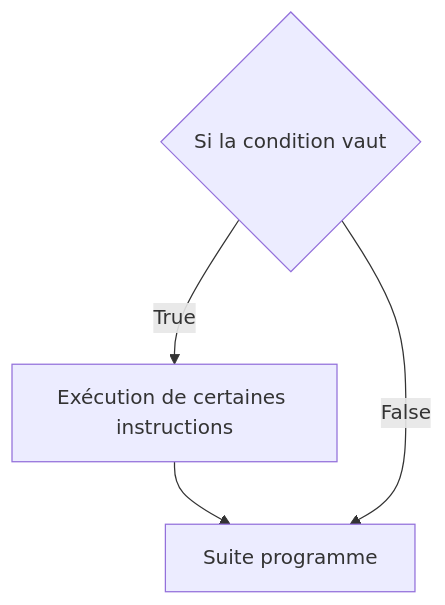
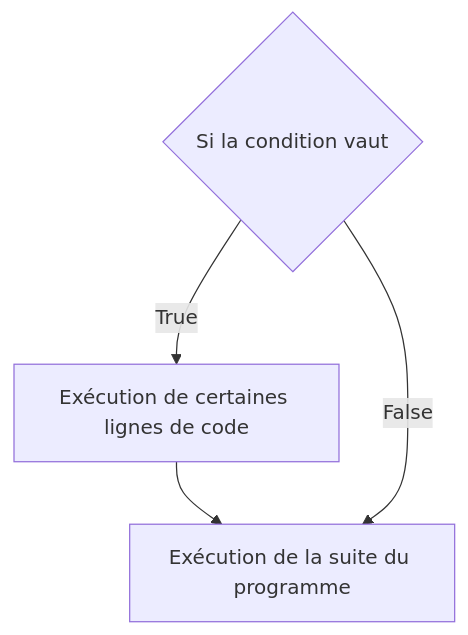
The first of 10 diagrams in première/Langages_et_programmation/Constructions_élémentaires/Instructions_conditionnelles.md (boddaert/nsi), drawn with Mermaid before and after one commit.

````diff
--- a/première/Langages_et_programmation/Constructions_élémentaires/Instructions_conditionnelles.md
+++ b/première/Langages_et_programmation/Constructions_élémentaires/Instructions_conditionnelles.md
@@ -19,7 +19,7 @@
 ```mermaid
   graph TB;
       A{Si la condition vaut};
-      A--True-->B[Exécution de certaines instructions];
-      B-->C[Suite programme];
-      A--False-->C[Suite programme];
+      A--True-->B[Exécution de certaines lignes de code];
+      B-->C[Exécution de la suite du programme];
+      A--False-->C[Exécution de la suite du programme];
 ```
````
